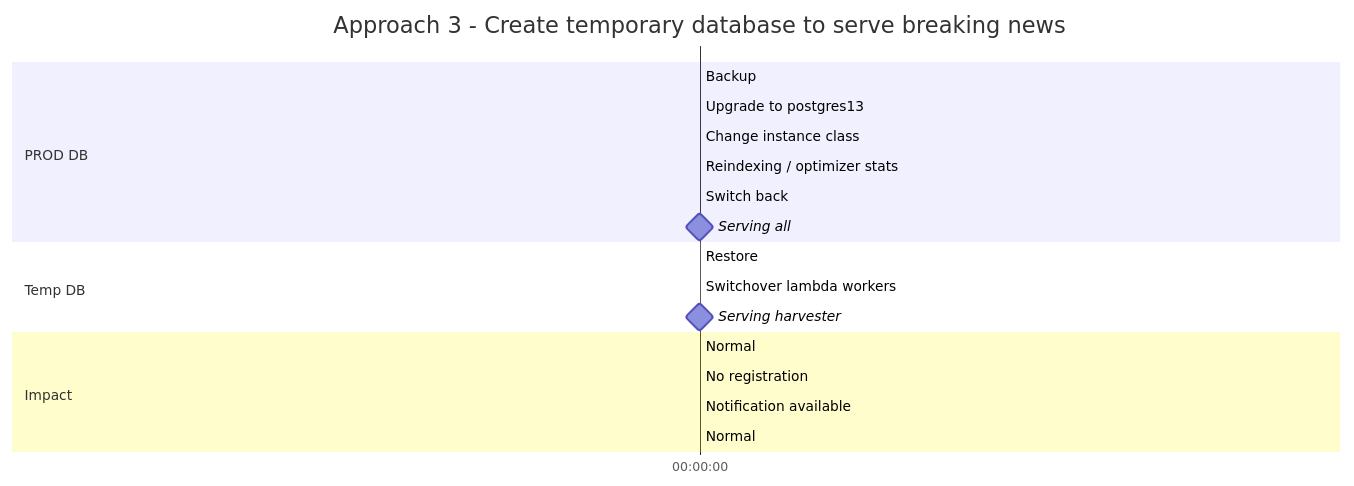
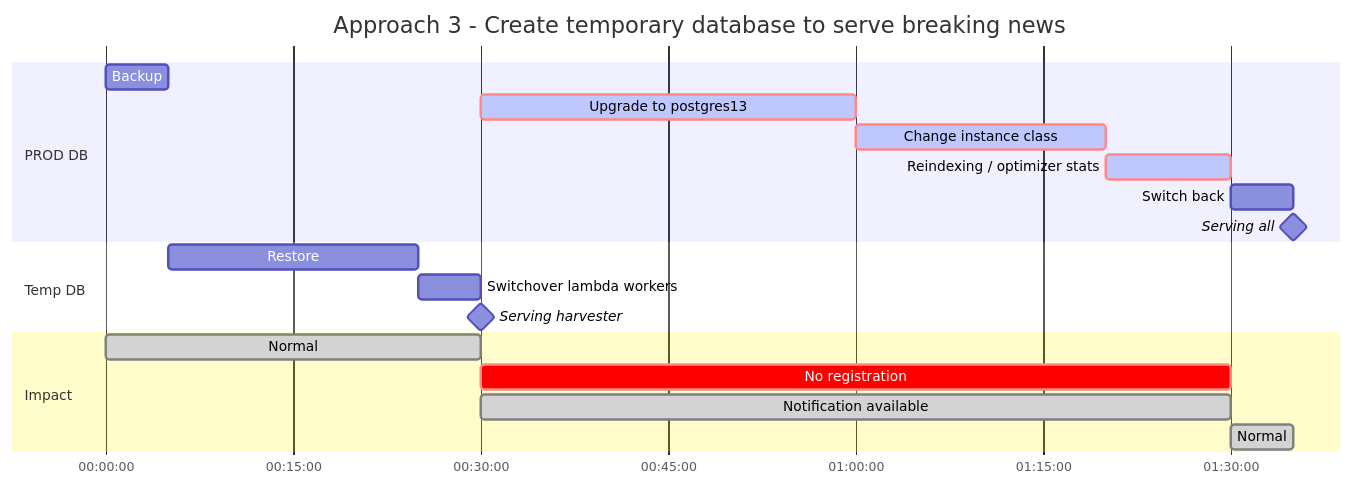
One commit to guardian/mobile-n10n changed the third of 5 diagrams in docs/architecture/03-postgresql-upgrade.md. Above: the diagram before and after it, drawn with Mermaid. The commit also changed other lines of this file, not shown here.

Commit message:
Fix the mermaid diagram of the doc

````diff
--- a/docs/architecture/03-postgresql-upgrade.md
+++ b/docs/architecture/03-postgresql-upgrade.md
@@ -138,22 +138,22 @@
 ```mermaid
 gantt
     title Approach 3 - Create temporary database to serve breaking news
     dateFormat  HH:mm:ss
     axisFormat  %H:%M:%S
     section PROD DB
-    Backup                            :a1, 00:00:00, 5min
-    Upgrade to postgres13             :crit,active, a2, after b2, 30min
-    Change instance class             :crit,active, a3, after a2, 20min
-    Reindexing / optimizer stats      :crit,active, a4, after a3, 10min
-    Switch back                       :a5, after a4, 5min
-    Serving all                       :milestone, after a5, 0min
+    Backup                            :a1, 00:00:00, 5m
+    Upgrade to postgres13             :crit,active, a2, after b2, 30m
+    Change instance class             :crit,active, a3, after a2, 20m
+    Reindexing / optimizer stats      :crit,active, a4, after a3, 10m
+    Switch back                       :a5, after a4, 5m
+    Serving all                       :milestone, after a5, 0m
     section Temp DB
-    Restore                           :b1, after a1, 20min
-    Switchover lambda workers         :b2, after b1, 5min
-    Serving harvester                 :milestone, after b2, 0min
+    Restore                           :b1, after a1, 20m
+    Switchover lambda workers         :b2, after b1, 5m
+    Serving harvester                 :milestone, after b2, 0m
     section Impact 
-    Normal                  :done, c1, 00:00:00, 30min
-    No registration         :crit, c2b, after c1, 60min
-    Notification available  :done, c2a, after c1, 60min
-    Normal                  :done, c3, after c2a c2b, 5min    
+    Normal                  :done, c1, 00:00:00, 30m
+    No registration         :crit, c2b, after c1, 60m
+    Notification available  :done, c2a, after c1, 60m
+    Normal                  :done, c3, after c2a c2b, 5m
 ```
````
